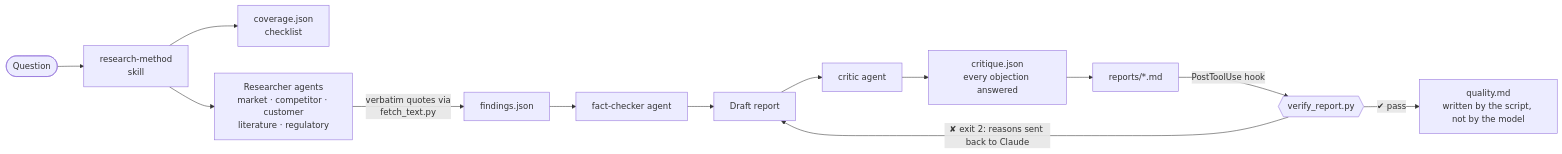
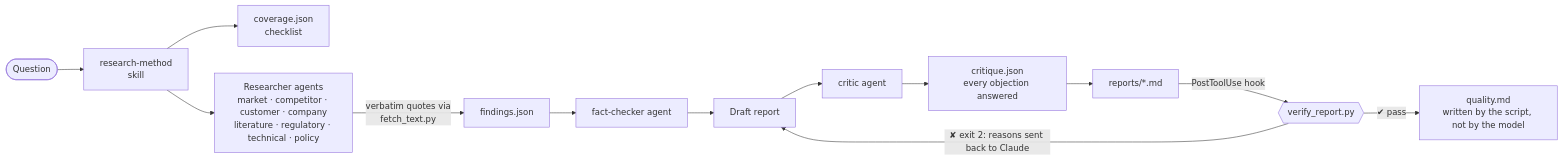
The diagram in README.md (Really-y/verified-research), drawn with Mermaid before and after one commit. The commit also changed other lines of this file and 10 other files, not shown here.

First line of the commit message:
v0.6.0: hər araşdırma növü üçün məcburi əhatə siyahısı (9 növ + qarışıq), company/technical/policy researcher agentləri, 22 yeni sınaq

````diff
--- a/README.md
+++ b/README.md
@@ -37,14 +37,14 @@
 ```mermaid
 flowchart LR
     Q([Question]) --> M[research-method<br/>skill]
     M --> C[coverage.json<br/>checklist]
-    M --> R[Researcher agents<br/>market · competitor · customer<br/>literature · regulatory]
+    M --> R[Researcher agents<br/>market · competitor · customer · company<br/>literature · regulatory · technical · policy]
     R -->|verbatim quotes via<br/>fetch_text.py| F[findings.json]
     F --> FC[fact-checker agent]
     FC --> D[Draft report]
     D --> CR[critic agent] --> CJ[critique.json<br/>every objection answered]
     CJ --> W[reports/*.md]
     W -->|PostToolUse hook| V{{verify_report.py}}
     V -->|✘ exit 2: reasons sent back to Claude| D
     V -->|✔ pass| QM[quality.md<br/>written by the script, not by the model]
 ```
````
